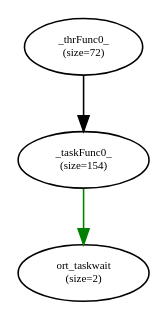
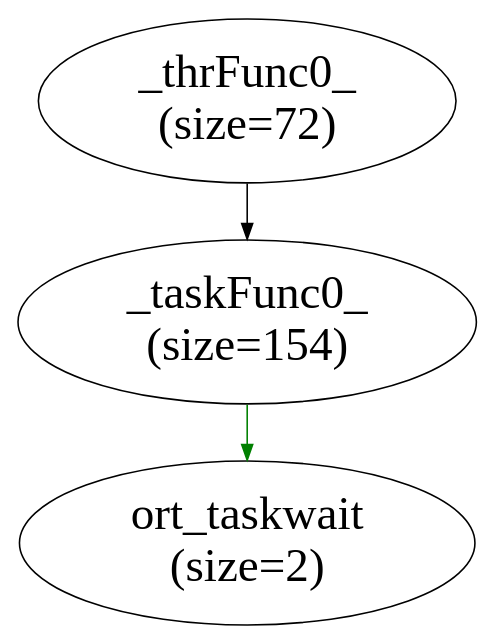
One commit to Kingtous/Bots_Task_Result changed the diagram in alignment/task/alignment.dot. Above: the diagram before and after it, drawn with Graphviz. The commit also changed 510 other files, not shown here.

```diff
--- a/alignment/task/alignment.dot
+++ b/alignment/task/alignment.dot
@@ -1,11 +1,11 @@
 digraph  {
 center=1;
 rankdir=TB;
 rotate=0;
 size="10,8";
-0 [fontsize=7, label="_thrFunc0_\n(size=72)"];
-1 [fontsize=7, label="ort_taskwait\n(size=2)"];
-3 [fontsize=7, label="_taskFunc0_\n(size=154)"];
+0 [fontsize=30, label="_thrFunc0_\n(size=72)"];
+1 [fontsize=30, label="ort_taskwait\n(size=2)"];
+3 [fontsize=30, label="_taskFunc0_\n(size=154)"];
 0 -> 3  [key=0];
 3 -> 1  [color=green, key=0];
 }
```
